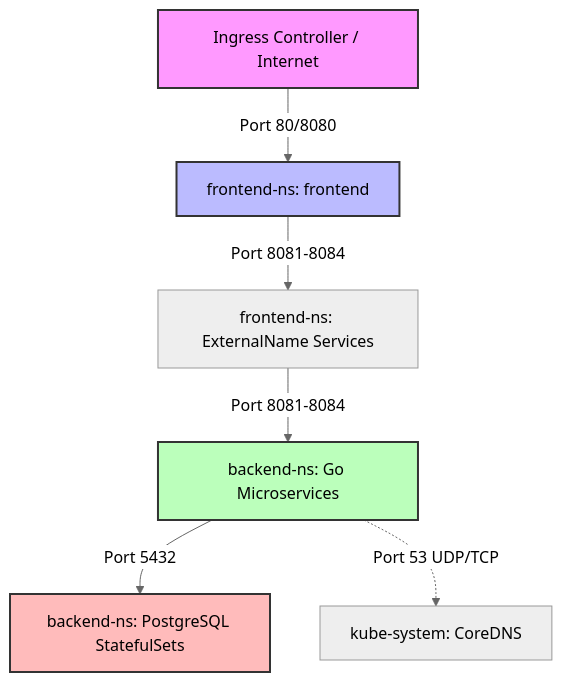
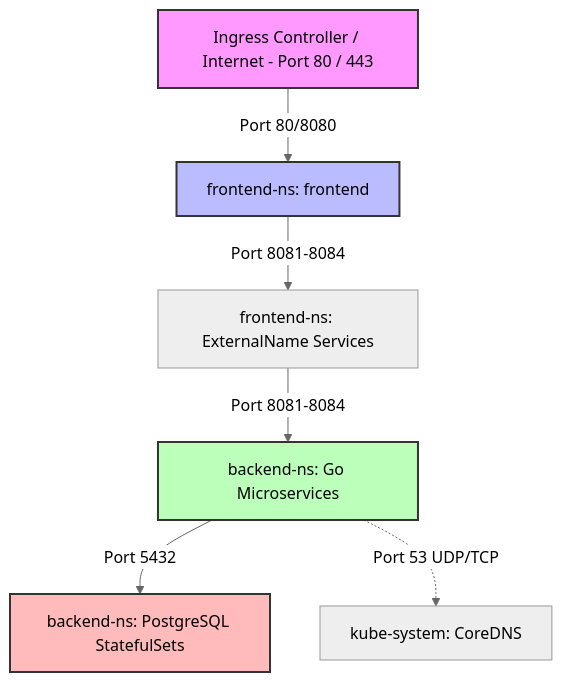
Before and after one commit to Xoxonin/cinema-system: the diagram in bezpieczenstwo_i_mechanizmy.md, drawn with Mermaid (neutral theme). The commit also changed 2 other files, not shown here.

Commit message:
docs: add system architecture mermaid diagram and update k8s docs

````diff
--- a/bezpieczenstwo_i_mechanizmy.md
+++ b/bezpieczenstwo_i_mechanizmy.md
@@ -34,13 +34,13 @@
 ```mermaid
 graph TD
-    IngressController[Ingress Controller / Internet] -->|Port 80/8080| Frontend[frontend-ns: frontend]
+    IngressController[Ingress Controller / Internet - Port 80 / 443] -->|Port 80/8080| Frontend[frontend-ns: frontend]
     Frontend -->|Port 8081-8084| ExternalNames[frontend-ns: ExternalName Services]
     ExternalNames -->|Port 8081-8084| Backends[backend-ns: Go Microservices]
     Backends -->|Port 5432| Databases[backend-ns: PostgreSQL StatefulSets]
     Backends -.->|Port 53 UDP/TCP| CoreDNS[kube-system: CoreDNS]
 
     style IngressController fill:#f9f,stroke:#333,stroke-width:2px
     style Frontend fill:#bbf,stroke:#333,stroke-width:2px
     style Backends fill:#bfb,stroke:#333,stroke-width:2px
     style Databases fill:#fbb,stroke:#333,stroke-width:2px
 ```
````
